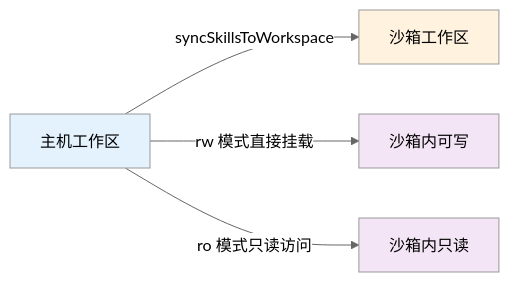
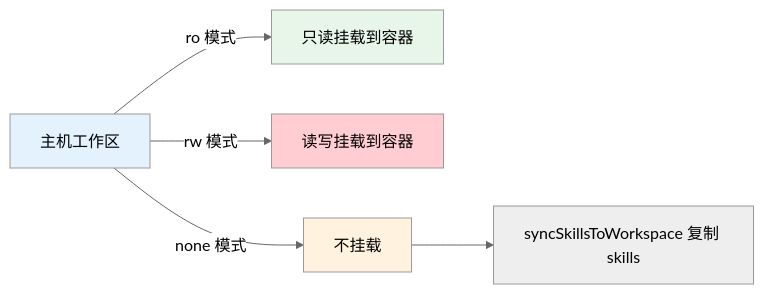
The eighth of 8 diagrams in openclaw/OPENCLAW-SANDBOX.md (caicongyang/bloger), drawn with Mermaid (neutral theme) before and after one commit. The commit also changed other lines of this file and 13 other files, not shown here.

````diff
--- a/openclaw/OPENCLAW-SANDBOX.md
+++ b/openclaw/OPENCLAW-SANDBOX.md
@@ -936,11 +1042,12 @@
 ```mermaid
 flowchart LR
-    A[主机工作区] -->|syncSkillsToWorkspace| B[沙箱工作区]
-    A -->|rw 模式直接挂载| C[沙箱内可写]
-    A -->|ro 模式只读访问| D[沙箱内只读]
-    
+    A[主机工作区] -->|ro 模式| B[只读挂载到容器]
+    A -->|rw 模式| C[读写挂载到容器]
+    A -->|none 模式| D[不挂载]
+    D --> E[syncSkillsToWorkspace 复制 skills]
+
     style A fill:#e3f2fd
-    style B fill:#fff3e0
-    style C fill:#f3e5f5
-    style D fill:#f3e5f5
+    style B fill:#e8f5e9
+    style C fill:#ffcdd2
+    style D fill:#fff3e0
 ```
````
